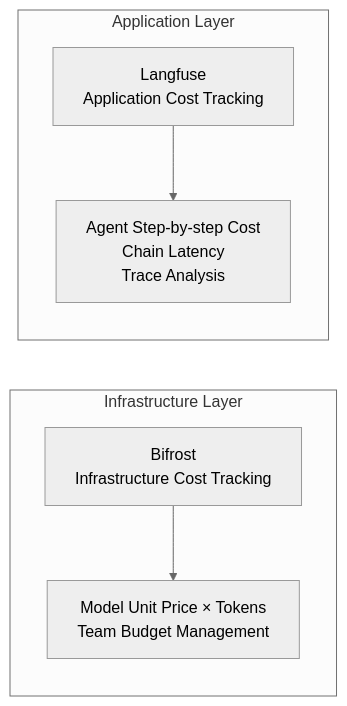
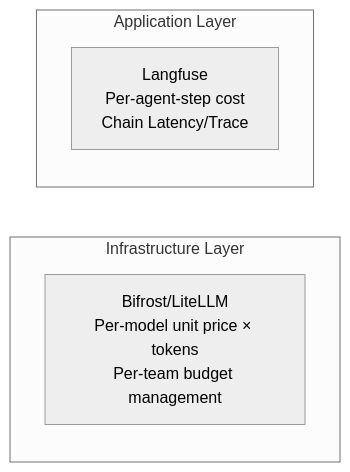
Before and after one commit to devfloor9/engineering-playbook: the third of 3 diagrams in i18n/en/docusaurus-plugin-content-docs/current/agentic-ai-platform/model-serving/gpu-resource-management.md, drawn with Mermaid (neutral theme). The commit also changed other lines of this file and 95 other files, not shown here.

````diff
--- a/i18n/en/docusaurus-plugin-content-docs/current/agentic-ai-platform/model-serving/gpu-resource-management.md
+++ b/i18n/en/docusaurus-plugin-content-docs/current/agentic-ai-platform/model-serving/gpu-resource-management.md
@@ -1094,15 +395,9 @@
 ```mermaid
 flowchart LR
     subgraph "Infrastructure Layer"
-        LITE["Bifrost<br/>Infrastructure Cost Tracking"]
-        METRICS["Model Unit Price × Tokens<br/>Team Budget Management"]
+        BIFROST["Bifrost/LiteLLM<br/>Per-model unit price × tokens<br/>Per-team budget management"]
     end
-
     subgraph "Application Layer"
-        LANGFUSE["Langfuse<br/>Application Cost Tracking"]
-        APP_METRICS["Agent Step-by-step Cost<br/>Chain Latency<br/>Trace Analysis"]
+        LANGFUSE["Langfuse<br/>Per-agent-step cost<br/>Chain Latency/Trace"]
     end
-
-    LITE --> METRICS
-    LANGFUSE --> APP_METRICS
 ```
````
